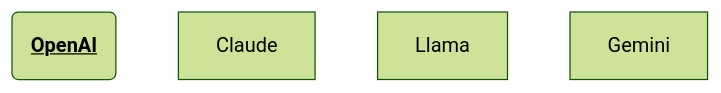
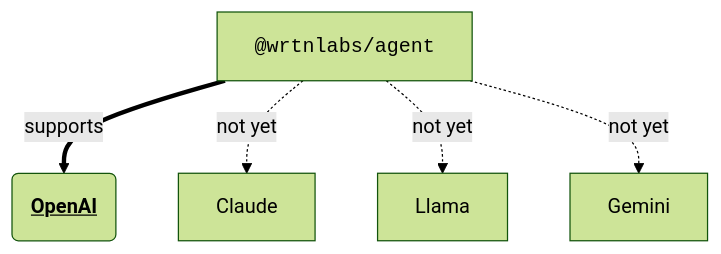
One commit to wrtnlabs/agentica changed the third of 3 diagrams in README.md. Above: the diagram before and after it, drawn with Mermaid (forest theme). The commit also changed other lines of this file and 1 other file, not shown here.

Commit message:
New optimization chapter and pseudo code in validation feedback section.

````diff
--- a/README.md
+++ b/README.md
@@ -435,7 +478,12 @@
 ```mermaid
 flowchart
+Agent["<code>@wrtnlabs/agent</code>"]
 OpenAI("<b><u>OpenAI</u></b>")
 Claude
 Llama
 Gemini
+Agent==supports==>OpenAI
+Agent-.not yet.->Claude
+Agent-.not yet.->Llama
+Agent-.not yet.->Gemini
 ```
````
